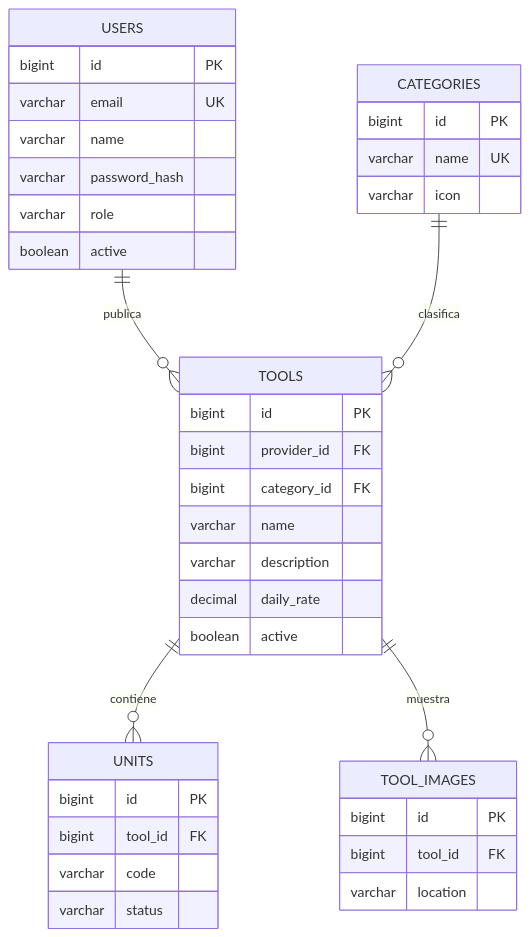
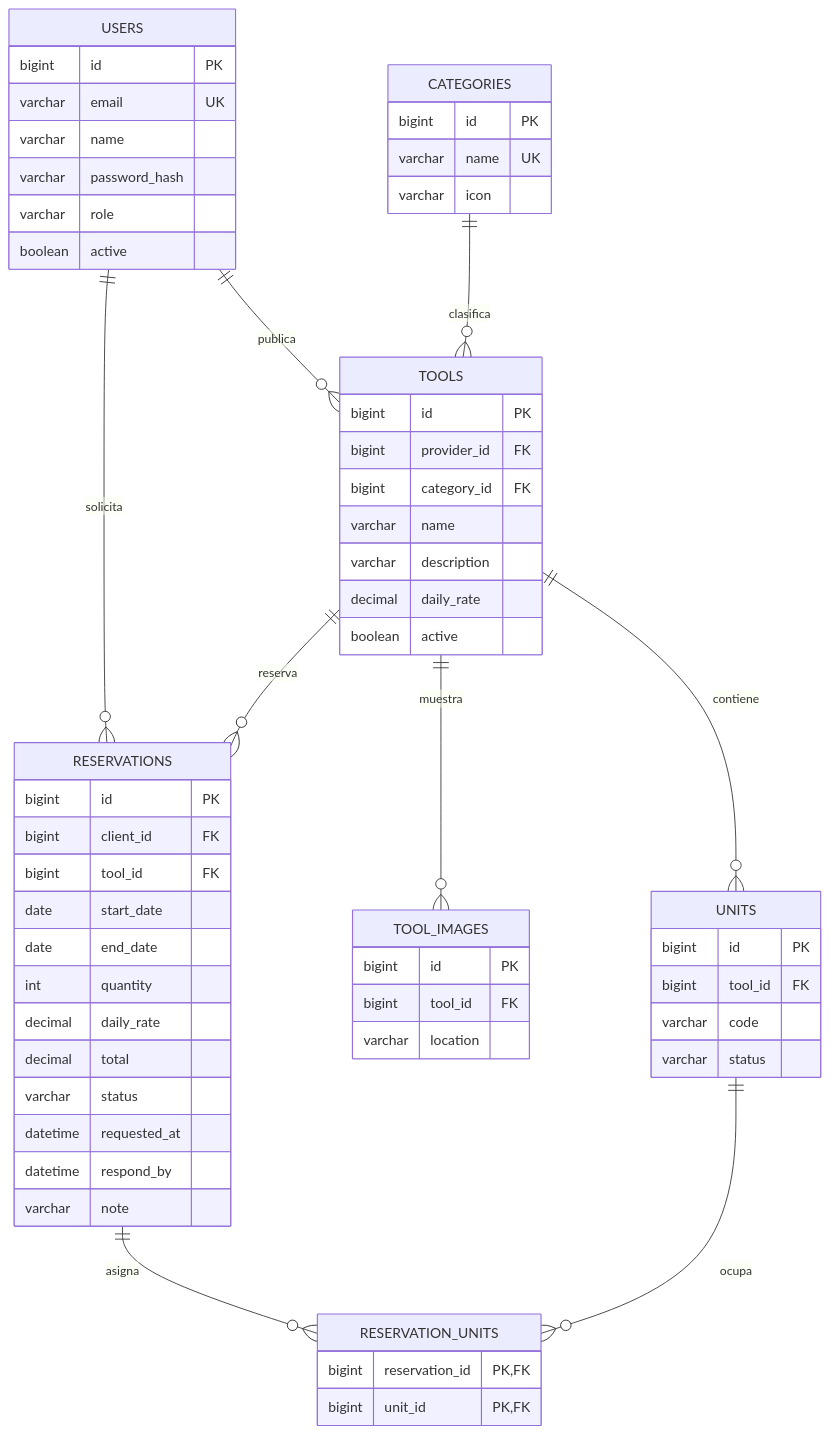
Before and after one commit to SantiagovillamizarM/RentTool-: the diagram in docs/MODELO_DATOS.md, drawn with Mermaid. The commit also changed other lines of this file and 49 other files, not shown here.

````diff
--- a/docs/MODELO_DATOS.md
+++ b/docs/MODELO_DATOS.md
@@ -5,30 +5,48 @@
 ```mermaid
 erDiagram
  USERS ||--o{ TOOLS : publica
  CATEGORIES ||--o{ TOOLS : clasifica
  TOOLS ||--o{ UNITS : contiene
  TOOLS ||--o{ TOOL_IMAGES : muestra
+ USERS ||--o{ RESERVATIONS : solicita
+ TOOLS ||--o{ RESERVATIONS : reserva
+ RESERVATIONS ||--o{ RESERVATION_UNITS : asigna
+ UNITS ||--o{ RESERVATION_UNITS : ocupa
  USERS { bigint id PK
  varchar email UK
  varchar name
  varchar password_hash
  varchar role
  boolean active }
  CATEGORIES { bigint id PK
  varchar name UK
  varchar icon }
  TOOLS { bigint id PK
  bigint provider_id FK
  bigint category_id FK
  varchar name
  varchar description
  decimal daily_rate
  boolean active }
  UNITS { bigint id PK
  bigint tool_id FK
  varchar code
  varchar status }
  TOOL_IMAGES { bigint id PK
  bigint tool_id FK
  varchar location }
+ RESERVATIONS { bigint id PK
+ bigint client_id FK
+ bigint tool_id FK
+ date start_date
+ date end_date
+ int quantity
+ decimal daily_rate
+ decimal total
+ varchar status
+ datetime requested_at
+ datetime respond_by
+ varchar note }
+ RESERVATION_UNITS { bigint reservation_id PK,FK
+ bigint unit_id PK,FK }
 ```
````
